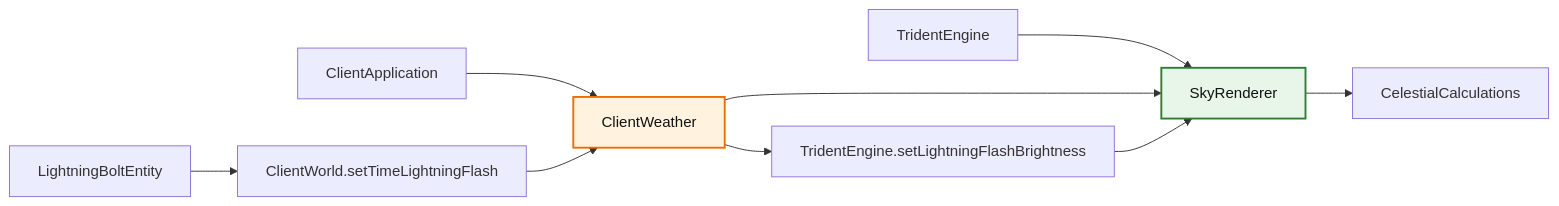
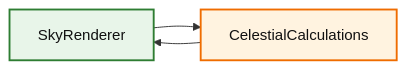
One commit to g122622/Cubium changed the diagram in src/client/renderer/trident/sky/README.md. Above: the diagram before and after it, drawn with Mermaid. The commit also changed other lines of this file and 298 other files, not shown here.

````diff
--- a/src/client/renderer/trident/sky/README.md
+++ b/src/client/renderer/trident/sky/README.md
@@ -52,14 +16,8 @@
 ```mermaid
 graph LR
-    A[TridentEngine] --> B[SkyRenderer]
-    B --> C[CelestialCalculations]
-    D[ClientApplication] --> E[ClientWeather]
-    E --> B
-    F[LightningBoltEntity] --> G[ClientWorld.setTimeLightningFlash]
-    G --> E
-    E --> H[TridentEngine.setLightningFlashBrightness]
-    H --> B
+    A[SkyRenderer] --> B[CelestialCalculations]
+    B --> A
 
-    style B fill:#e8f5e9,stroke:#2e7d32,stroke-width:2px,color:#111
-    style E fill:#fff3e0,stroke:#ef6c00,stroke-width:2px,color:#111
+    style A fill:#e8f5e9,stroke:#2e7d32,stroke-width:2px,color:#111
+    style B fill:#fff3e0,stroke:#ef6c00,stroke-width:2px,color:#111
 ```
````
